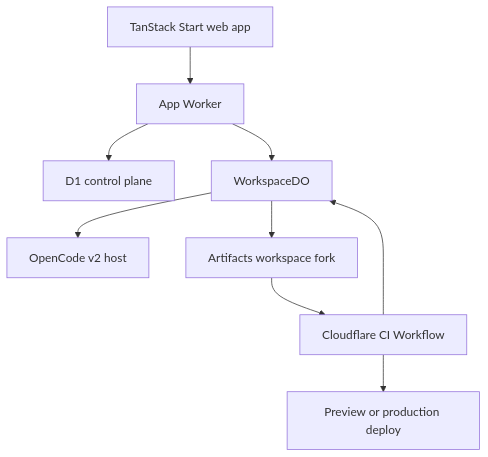
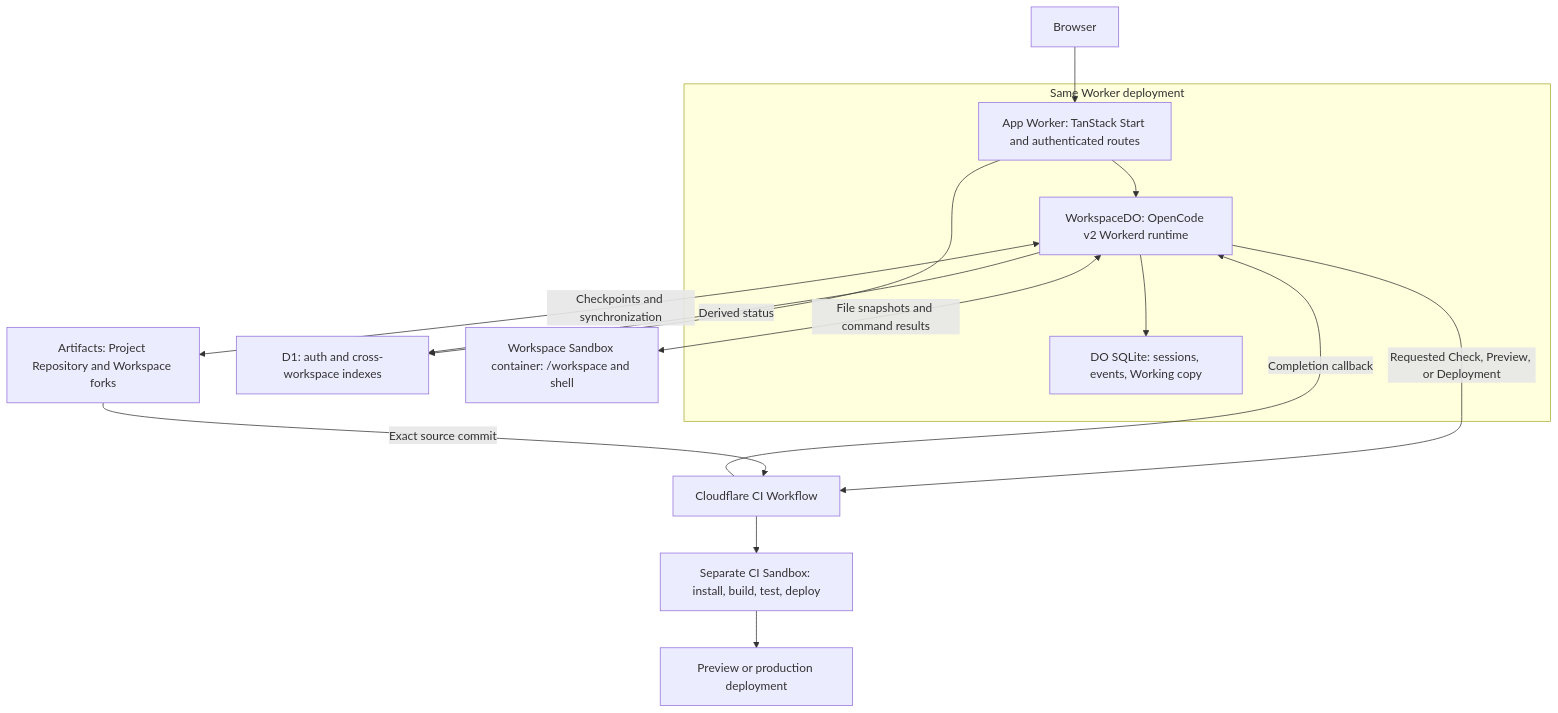
One commit to kcc989/sylph changed the diagram in README.md. Above: the diagram before and after it, drawn with Mermaid. The commit also changed other lines of this file and 45 other files, not shown here.

Commit message:
docs: refresh architecture and organize project guides (#78)

````diff
--- a/README.md
+++ b/README.md
@@ -62,11 +27,17 @@
 ```mermaid
 flowchart TD
-    UI["TanStack Start web app"] --> API["App Worker"]
-    API --> D1["D1 control plane"]
-    API --> DO["WorkspaceDO"]
-    DO --> OC["OpenCode v2 host"]
-    DO --> AF["Artifacts workspace fork"]
-    AF --> CI["Cloudflare CI Workflow"]
-    CI --> DO
-    CI --> DEP["Preview or production deploy"]
+    UI["Browser"] --> API["App Worker: TanStack Start and authenticated routes"]
+    subgraph APP["Same Worker deployment"]
+        API --> DO["WorkspaceDO: OpenCode v2 Workerd runtime"]
+        DO --> SQL["DO SQLite: sessions, events, Working copy"]
+    end
+    API --> D1["D1: auth and cross-workspace indexes"]
+    DO -->|"Derived status"| D1
+    DO <-->|"File snapshots and command results"| WS["Workspace Sandbox container: /workspace and shell"]
+    DO <-->|"Checkpoints and synchronization"| AF["Artifacts: Project Repository and Workspace forks"]
+    DO -->|"Requested Check, Preview, or Deployment"| CI["Cloudflare CI Workflow"]
+    AF -->|"Exact source commit"| CI
+    CI --> CS["Separate CI Sandbox: install, build, test, deploy"]
+    CI -->|"Completion callback"| DO
+    CS --> DEP["Preview or production deployment"]
 ```
````
